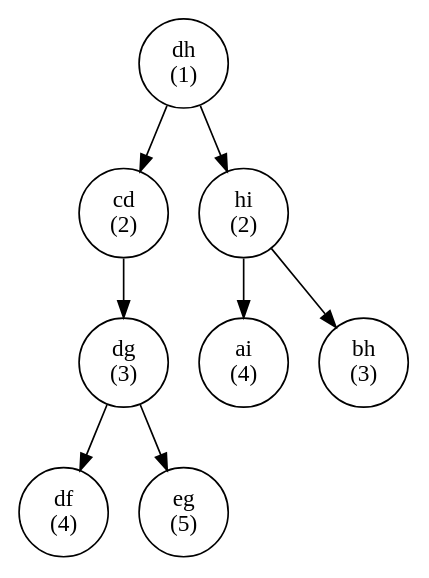
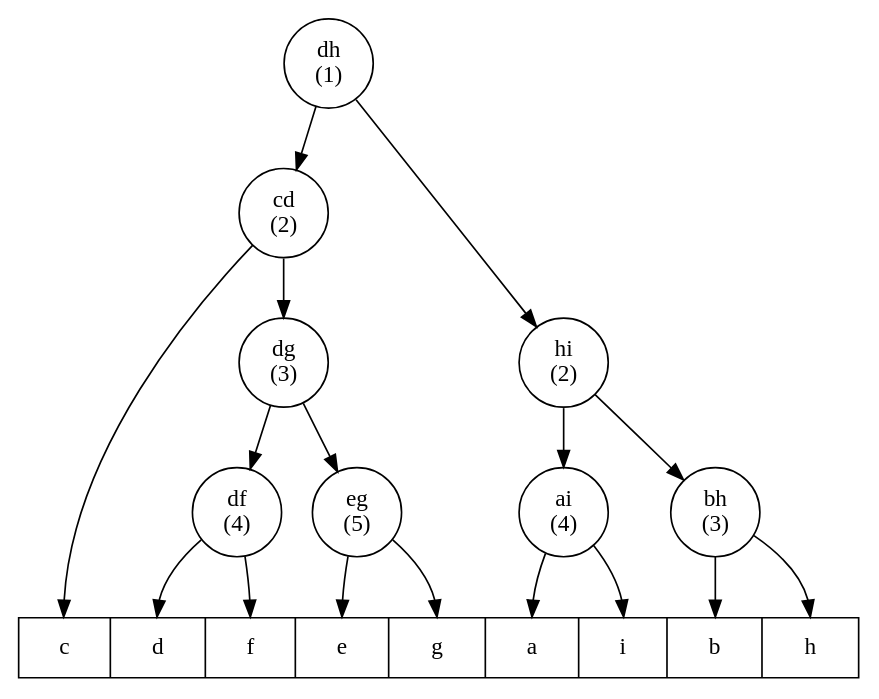
The fifth of 5 diagrams in _posts/2019-05-28-edge-trees.md (ralismark/ralismark.github.io), drawn with Graphviz before and after one commit. The commit also changed other lines of this file, not shown here.

Commit message:
Fix up graphs

````diff
--- a/_posts/2019-05-28-edge-trees.md
+++ b/_posts/2019-05-28-edge-trees.md
@@ -120,18 +171,15 @@
 ```dot
 digraph {
+	node [shape=record];
+	ar [label="<c> c | <d> d | <f> f | <e> e | <g> g | <a> a | <i> i | <b> b | <h> h", width=7];
 	node [shape=circle];
-	ai [label="ai\n(4)"];
-	bh [label="bh\n(3)"];
-	cd [label="cd\n(2)"];
-	df [label="df\n(4)"];
-	dg [label="dg\n(3)"];
-	dh [label="dh\n(1)"];
-	eg [label="eg\n(5)"];
-	hi [label="hi\n(2)"];
-
-	dh -> cd -> dg -> df;
-	dg -> eg;
-	dh -> hi -> ai;
-	hi -> bh;
+	df [label="df\n(4)"]; df -> ar:d; df -> ar:f;
+	dg [label="dg\n(3)"]; dg -> df;   dg -> eg;
+	eg [label="eg\n(5)"]; eg -> ar:e; eg -> ar:g;
+	cd [label="cd\n(2)"]; cd -> dg;   cd -> ar:c;
+	dh [label="dh\n(1)"]; dh -> cd;   dh -> hi;
+	ai [label="ai\n(4)"]; ai -> ar:a; ai -> ar:i;
+	hi [label="hi\n(2)"]; hi -> ai;   hi -> bh;
+	bh [label="bh\n(3)"]; bh -> ar:b; bh -> ar:h;
 }
 ```
````
